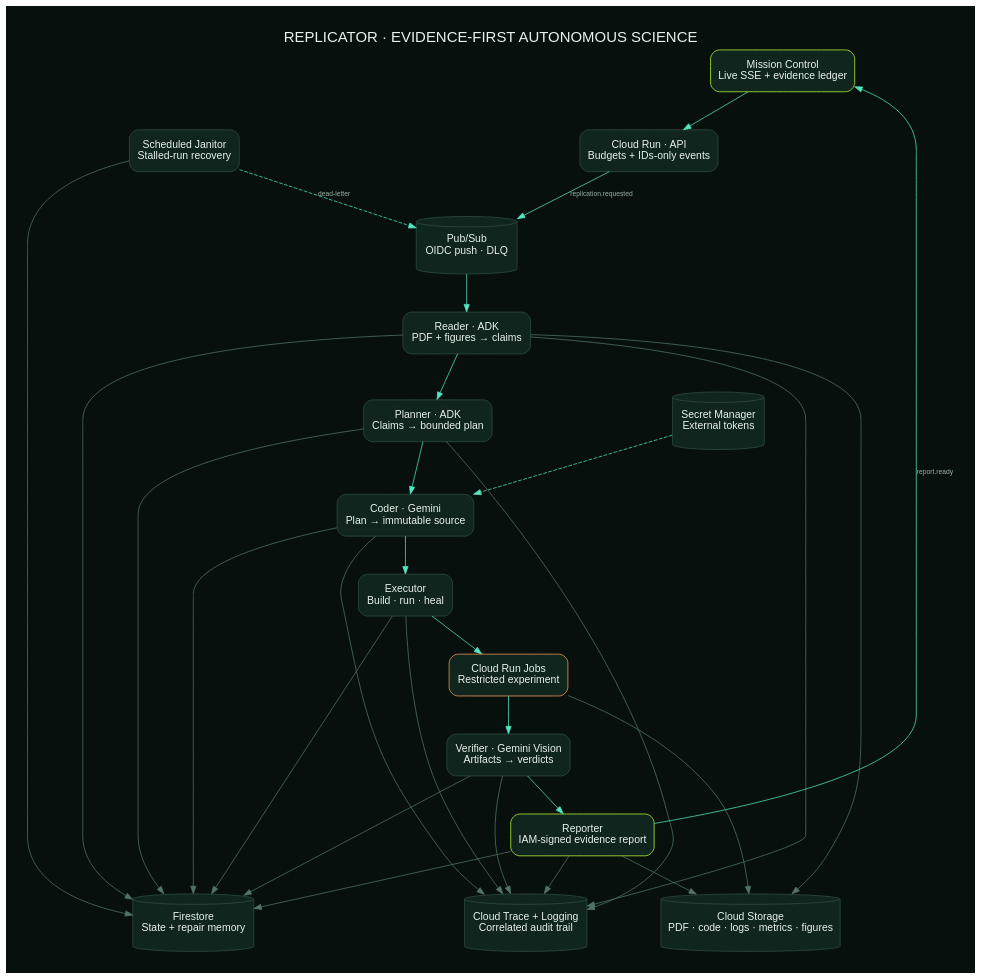
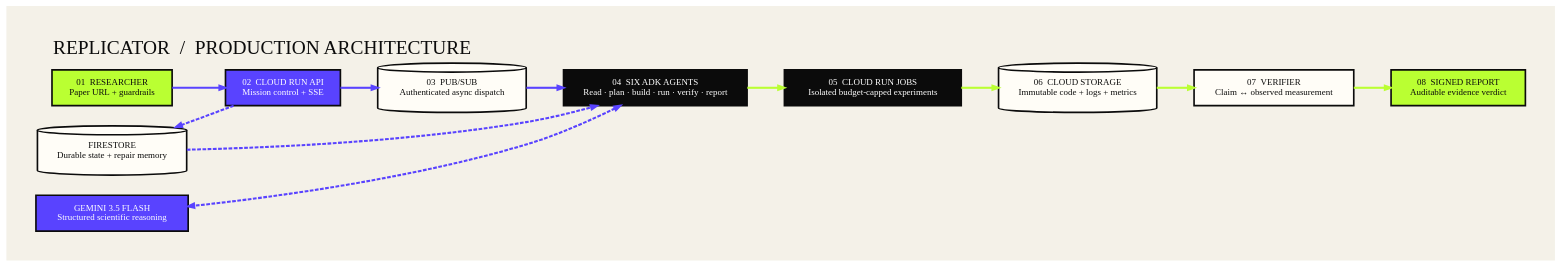
Before and after one commit to Boweii22/Replicator: the diagram in docs/architecture.dot, drawn with Graphviz. The commit also changed 1 other file, not shown here.

Commit message:
Restyle architecture diagram for current UI

```diff
--- a/docs/architecture.dot
+++ b/docs/architecture.dot
@@ -1,29 +1,60 @@
 digraph Replicator {
-  graph [bgcolor="#07100d", pad="0.4", nodesep="0.5", ranksep="0.7", fontname="Arial", label="REPLICATOR · EVIDENCE-FIRST AUTONOMOUS SCIENCE", labelloc="t", fontsize="20", fontcolor="#e8f1eb"];
-  node [shape=box, style="rounded,filled", fillcolor="#10251e", color="#315043", fontcolor="#e8f1eb", fontname="Arial", margin="0.18"];
-  edge [color="#54e6c1", fontcolor="#9cb0a6", fontname="Arial", fontsize="9"];
-  UI [label="Mission Control\nLive SSE + evidence ledger", color="#baff35"];
-  API [label="Cloud Run · API\nBudgets + IDs-only events"];
-  PS [label="Pub/Sub\nOIDC push · DLQ", shape=cylinder];
-  R [label="Reader · ADK\nPDF + figures → claims"];
-  P [label="Planner · ADK\nClaims → bounded plan"];
-  C [label="Coder · Gemini\nPlan → immutable source"];
-  E [label="Executor\nBuild · run · heal"];
-  J [label="Cloud Run Jobs\nRestricted experiment", color="#ff9e57"];
-  V [label="Verifier · Gemini Vision\nArtifacts → verdicts"];
-  O [label="Reporter\nIAM-signed evidence report", color="#baff35"];
-  F [label="Firestore\nState + repair memory", shape=cylinder];
-  G [label="Cloud Storage\nPDF · code · logs · metrics · figures", shape=cylinder];
-  T [label="Cloud Trace + Logging\nCorrelated audit trail", shape=cylinder];
-  SM [label="Secret Manager\nExternal tokens", shape=cylinder];
-  JAN [label="Scheduled Janitor\nStalled-run recovery"];
+  graph [
+    rankdir="LR",
+    bgcolor="#f4f1e8",
+    pad="0.55",
+    nodesep="0.38",
+    ranksep="0.7",
+    fontname="Arial Bold",
+    label="REPLICATOR  /  PRODUCTION ARCHITECTURE",
+    labelloc="t",
+    labeljust="l",
+    fontsize="26",
+    fontcolor="#0b0b0b",
+    splines="spline"
+  ];
+
+  node [
+    shape=box,
+    style="filled",
+    fillcolor="#fffdf7",
+    color="#0b0b0b",
+    penwidth="2.2",
+    fontcolor="#0b0b0b",
+    fontname="Arial Bold",
+    fontsize="12",
+    margin="0.2,0.15"
+  ];
+
+  edge [
+    color="#5943ff",
+    penwidth="2.8",
+    arrowsize="0.8",
+    fontcolor="#5943ff",
+    fontname="Arial Bold",
+    fontsize="9"
+  ];
+
+  UI [label="01  RESEARCHER\nPaper URL + guardrails", fillcolor="#baff32"];
+  API [label="02  CLOUD RUN API\nMission control + SSE", fillcolor="#5943ff", fontcolor="#ffffff"];
+  FS [label="FIRESTORE\nDurable state + repair memory", shape=cylinder];
+  PS [label="03  PUB/SUB\nAuthenticated async dispatch", shape=cylinder];
+  A [label="04  SIX ADK AGENTS\nRead · plan · build · run · verify · report", fillcolor="#0b0b0b", fontcolor="#ffffff"];
+  M [label="GEMINI 3.5 FLASH\nStructured scientific reasoning", fillcolor="#5943ff", fontcolor="#ffffff"];
+  J [label="05  CLOUD RUN JOBS\nIsolated budget-capped experiments", fillcolor="#0b0b0b", fontcolor="#ffffff"];
+  G [label="06  CLOUD STORAGE\nImmutable code + logs + metrics", shape=cylinder];
+  V [label="07  VERIFIER\nClaim ↔ observed measurement"];
+  O [label="08  SIGNED REPORT\nAuditable evidence verdict", fillcolor="#baff32"];
+
   UI -> API;
-  API -> PS [label="replication.requested"];
-  PS -> R -> P -> C -> E -> J -> V -> O;
-  O -> UI [label="report.ready"];
-  {R P C E V O JAN} -> F [color="#527466"];
-  {R J O} -> G [color="#527466"];
-  {R P C E V O} -> T [color="#527466"];
-  SM -> C [style=dashed];
-  JAN -> PS [label="dead-letter", style=dashed];
+  API -> PS;
+  PS -> A;
+  A -> J [color="#baff32", fontcolor="#507a00"];
+  J -> G [color="#baff32", fontcolor="#507a00"];
+  G -> V [color="#baff32", fontcolor="#507a00"];
+  V -> O [color="#baff32", fontcolor="#507a00"];
+
+  API -> FS [style=dashed, constraint=false];
+  FS -> A [style=dashed, constraint=false];
+  A -> M [dir=both, style=dashed, constraint=false];
 }
```
